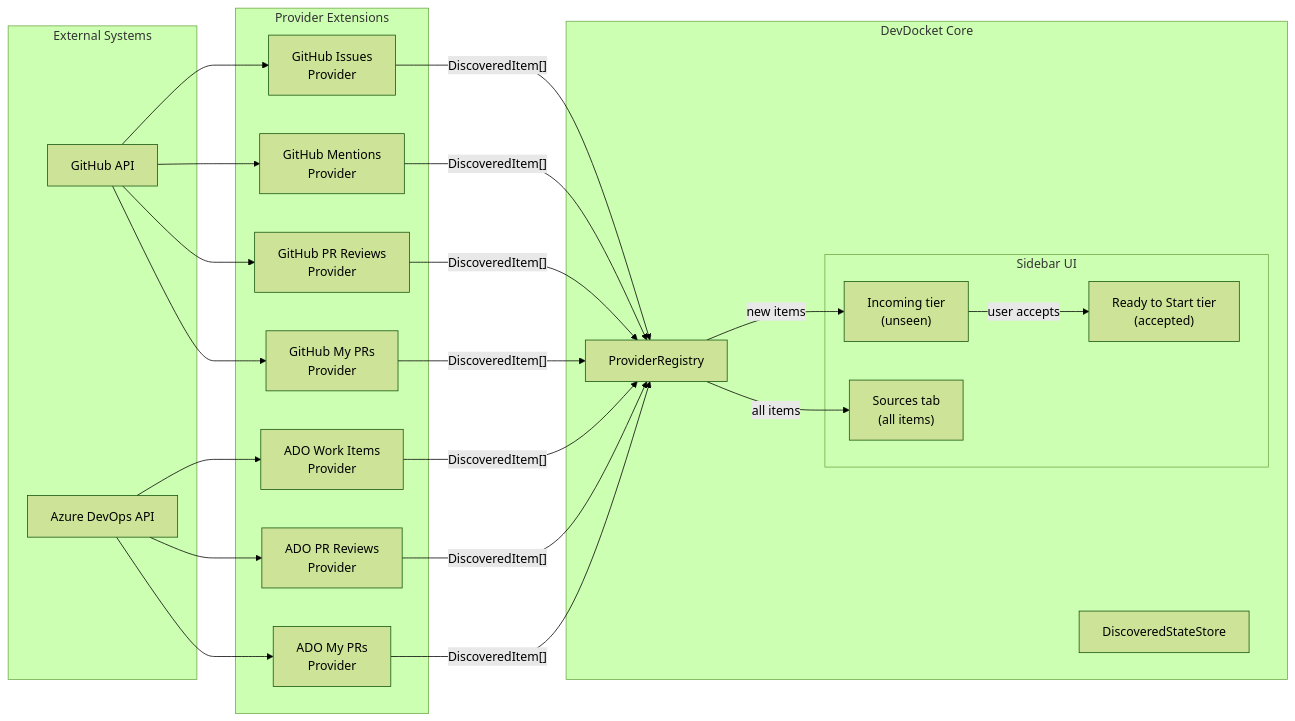
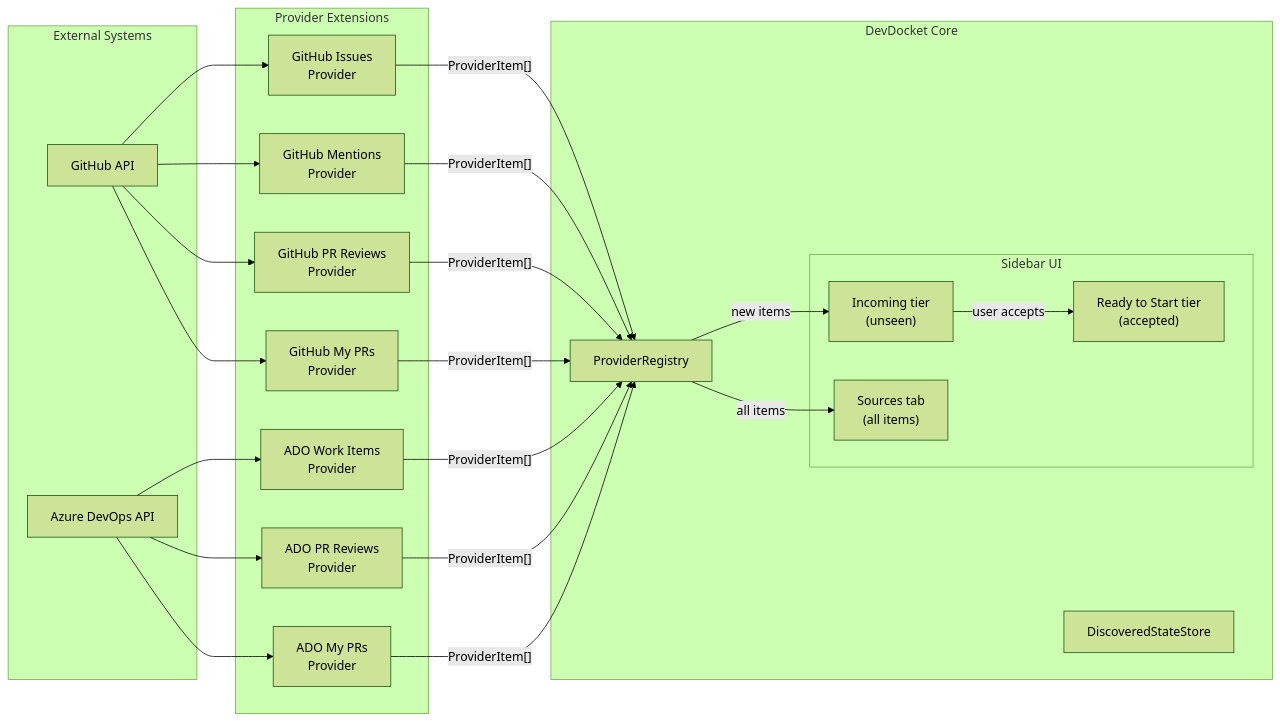
Before and after one commit to devdocket/devdocket: the first of 3 diagrams in docs/provider-discovery.md, drawn with Mermaid (forest theme). The commit also changed 7 other files, not shown here.

Commit message:
Document provider item migration

````diff
--- a/docs/provider-discovery.md
+++ b/docs/provider-discovery.md
@@ -27,47 +27,47 @@
 ```mermaid
 flowchart LR
     subgraph External["External Systems"]
         GH["GitHub API"]
         ADO["Azure DevOps API"]
     end
 
     subgraph Providers["Provider Extensions"]
         GHI["GitHub Issues<br/>Provider"]
         GHM["GitHub Mentions<br/>Provider"]
         GHPR["GitHub PR Reviews<br/>Provider"]
         GHMY["GitHub My PRs<br/>Provider"]
         ADOWI["ADO Work Items<br/>Provider"]
         ADOPR["ADO PR Reviews<br/>Provider"]
         ADOMY["ADO My PRs<br/>Provider"]
     end
 
     subgraph Core["DevDocket Core"]
         PR["ProviderRegistry"]
         SS["DiscoveredStateStore"]
         subgraph UI["Sidebar UI"]
             Incoming["Incoming tier<br/>(unseen)"]
             Sources["Sources tab<br/>(all items)"]
             Ready["Ready to Start tier<br/>(accepted)"]
         end
     end
 
     GH --> GHI
     GH --> GHM
     GH --> GHPR
     GH --> GHMY
     ADO --> ADOWI
     ADO --> ADOPR
     ADO --> ADOMY
 
-    GHI -- "DiscoveredItem[]" --> PR
-    GHM -- "DiscoveredItem[]" --> PR
-    GHPR -- "DiscoveredItem[]" --> PR
-    GHMY -- "DiscoveredItem[]" --> PR
-    ADOWI -- "DiscoveredItem[]" --> PR
-    ADOPR -- "DiscoveredItem[]" --> PR
-    ADOMY -- "DiscoveredItem[]" --> PR
+    GHI -- "ProviderItem[]" --> PR
+    GHM -- "ProviderItem[]" --> PR
+    GHPR -- "ProviderItem[]" --> PR
+    GHMY -- "ProviderItem[]" --> PR
+    ADOWI -- "ProviderItem[]" --> PR
+    ADOPR -- "ProviderItem[]" --> PR
+    ADOMY -- "ProviderItem[]" --> PR
 
     PR -- "new items" --> Incoming
     PR -- "all items" --> Sources
     Incoming -- "user accepts" --> Ready
 ```
````
